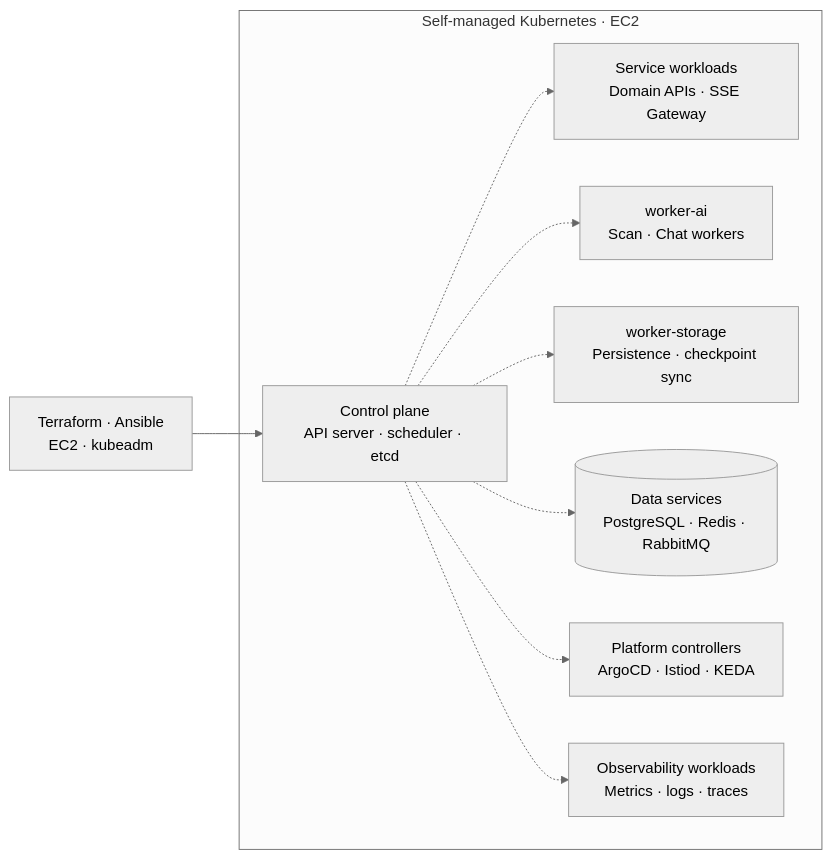
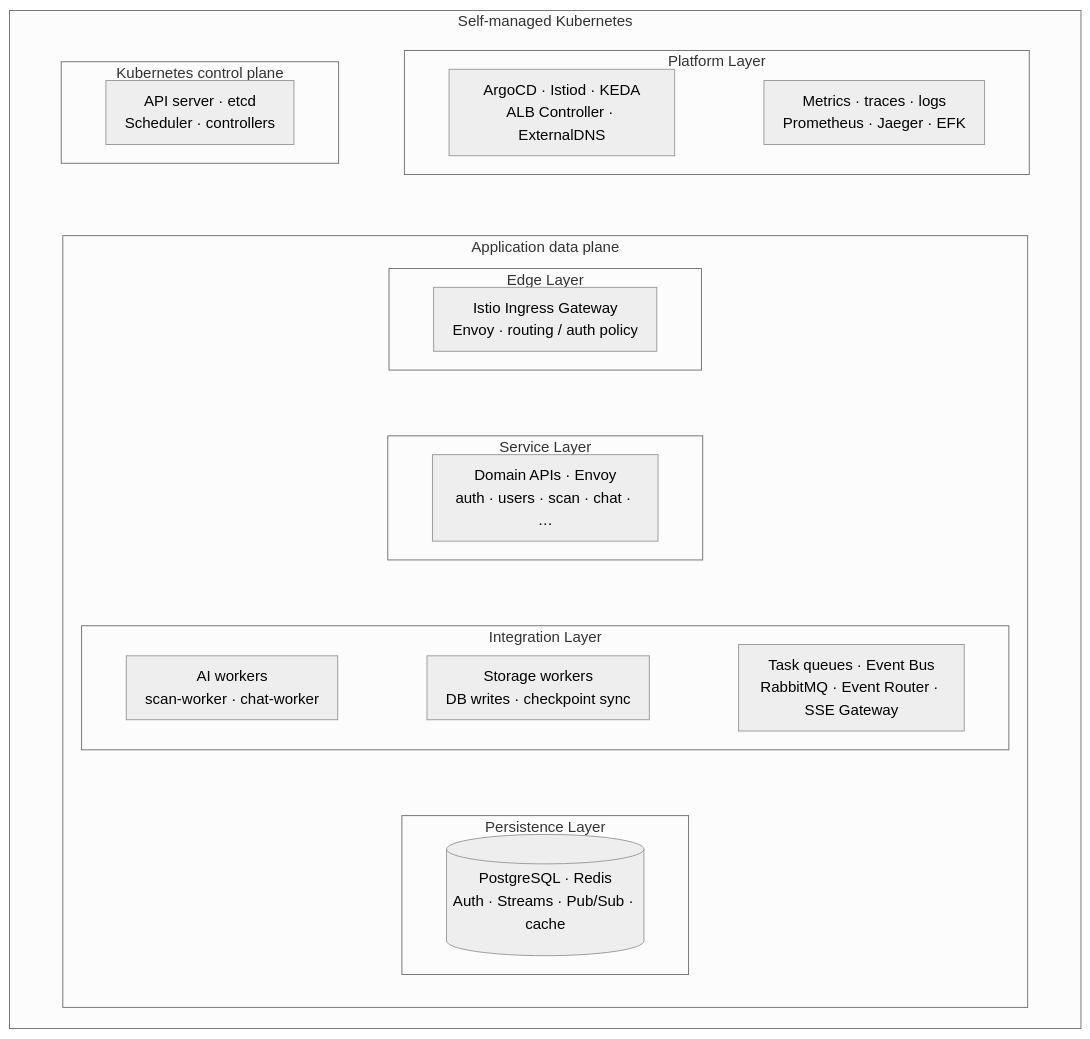
The fifth of 12 diagrams in README_EN.md (mangowhoiscloud/mangowhoiscloud), drawn with Mermaid (neutral theme) before and after one commit. The commit also changed other lines of this file and 2 other files, not shown here.

Commit message:
docs: clarify Eco2 Kubernetes layer and placement boundaries

````diff
--- a/README_EN.md
+++ b/README_EN.md
@@ -171,15 +171,44 @@
 ```mermaid
-flowchart LR
-    accTitle: Eco² self-managed Kubernetes cluster topology
-    accDescr: Terraform and Ansible provision an EC2-based kubeadm cluster. The control plane manages service, AI-worker, storage-worker, data, platform, and observability roles. A box is not an individual machine.
-    Provision["Terraform · Ansible<br/>EC2 · kubeadm"] --> Control
-    subgraph Cluster["Self-managed Kubernetes · EC2"]
-        Control["Control plane<br/>API server · scheduler · etcd"]
-        Control -.-> APIs["Service workloads<br/>Domain APIs · SSE Gateway"]
-        Control -.-> AI["worker-ai<br/>Scan · Chat workers"]
-        Control -.-> Storage["worker-storage<br/>Persistence · checkpoint sync"]
-        Control -.-> Data[("Data services<br/>PostgreSQL · Redis · RabbitMQ")]
-        Control -.-> Platform["Platform controllers<br/>ArgoCD · Istiod · KEDA"]
-        Control -.-> Observe["Observability workloads<br/>Metrics · logs · traces"]
+flowchart TB
+    accTitle: Control, execution, state, and observation boundaries inside Eco² Kubernetes
+    %%{init: {"flowchart": {"nodeSpacing": 20, "rankSpacing": 20, "padding": 10}}}%%
+    accDescr: Self-managed Kubernetes contains a Kubernetes control plane, platform controllers and observability, and application workloads. The application area contains Edge, Service, Integration, and Persistence layers. Integration separates AI workers, storage workers, and task and event delivery. Boxes show functional containment, not physical machines or security isolation.
+    subgraph Cluster["Self-managed Kubernetes"]
+        direction TB
+        subgraph Management[" "]
+            direction LR
+            subgraph KubeControl["Kubernetes control plane"]
+                Control["API server · etcd<br/>Scheduler · controllers"]
+            end
+            subgraph Platform["Platform Layer"]
+                direction LR
+                Controllers["ArgoCD · Istiod · KEDA<br/>ALB Controller · ExternalDNS"]
+                Observe["Metrics · traces · logs<br/>Prometheus · Jaeger · EFK"]
+                Controllers ~~~ Observe
+            end
+            KubeControl ~~~ Platform
+        end
+        subgraph Runtime["Application data plane"]
+            direction TB
+            subgraph Edge["Edge Layer"]
+                Ingress["Istio Ingress Gateway<br/>Envoy · routing / auth policy"]
+            end
+            subgraph Service["Service Layer"]
+                APIs["Domain APIs · Envoy<br/>auth · users · scan · chat · …"]
+            end
+            subgraph Integration["Integration Layer"]
+                direction LR
+                AI["AI workers<br/>scan-worker · chat-worker"]
+                Storage["Storage workers<br/>DB writes · checkpoint sync"]
+                Events["Task queues · Event Bus<br/>RabbitMQ · Event Router · SSE Gateway"]
+                AI ~~~ Storage ~~~ Events
+            end
+            subgraph Persistence["Persistence Layer"]
+                Data[("PostgreSQL · Redis<br/>Auth · Streams · Pub/Sub · cache")]
+            end
+            Edge ~~~ Service ~~~ Integration ~~~ Persistence
+        end
+        Management ~~~ Runtime
     end
+    style Management fill:none,stroke:none
 ```
````
